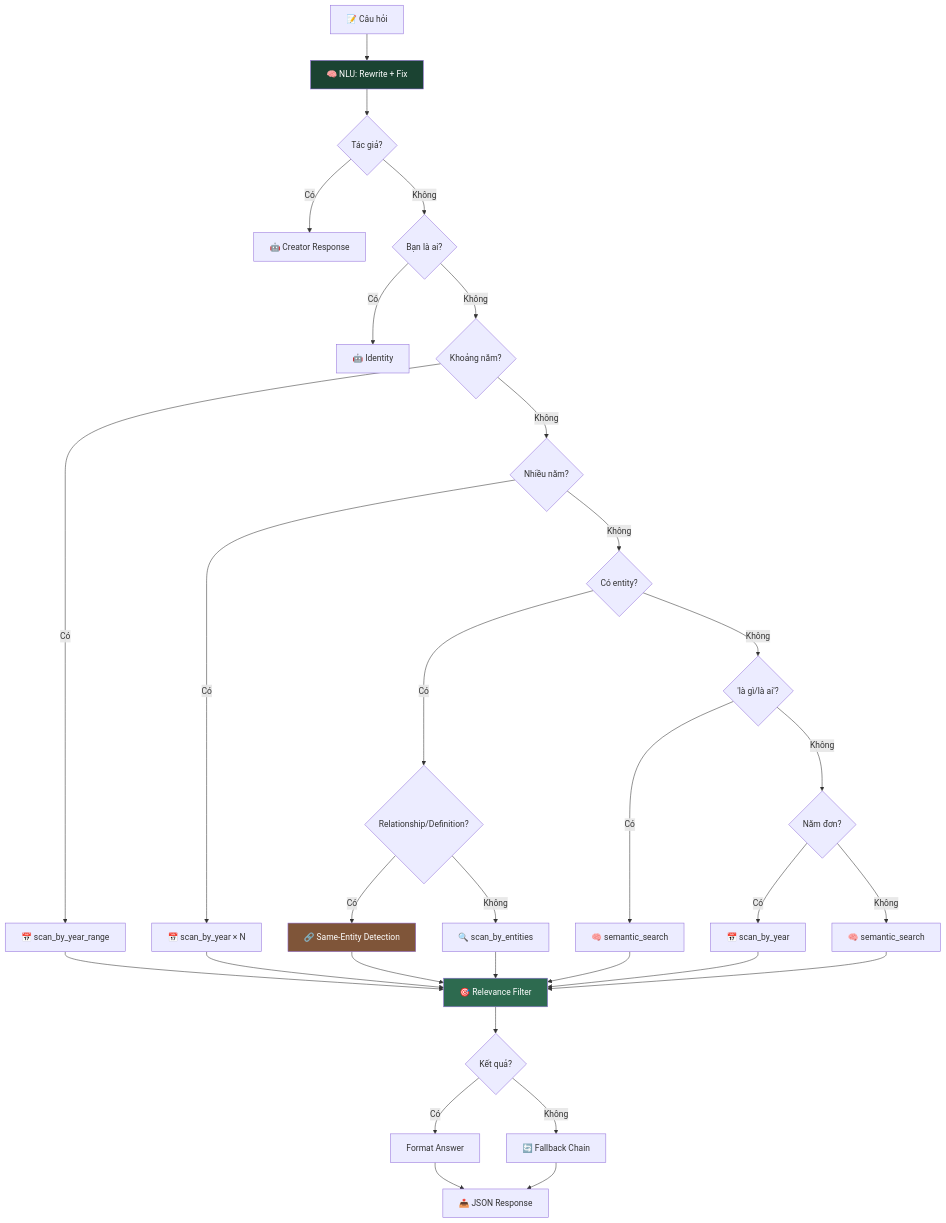
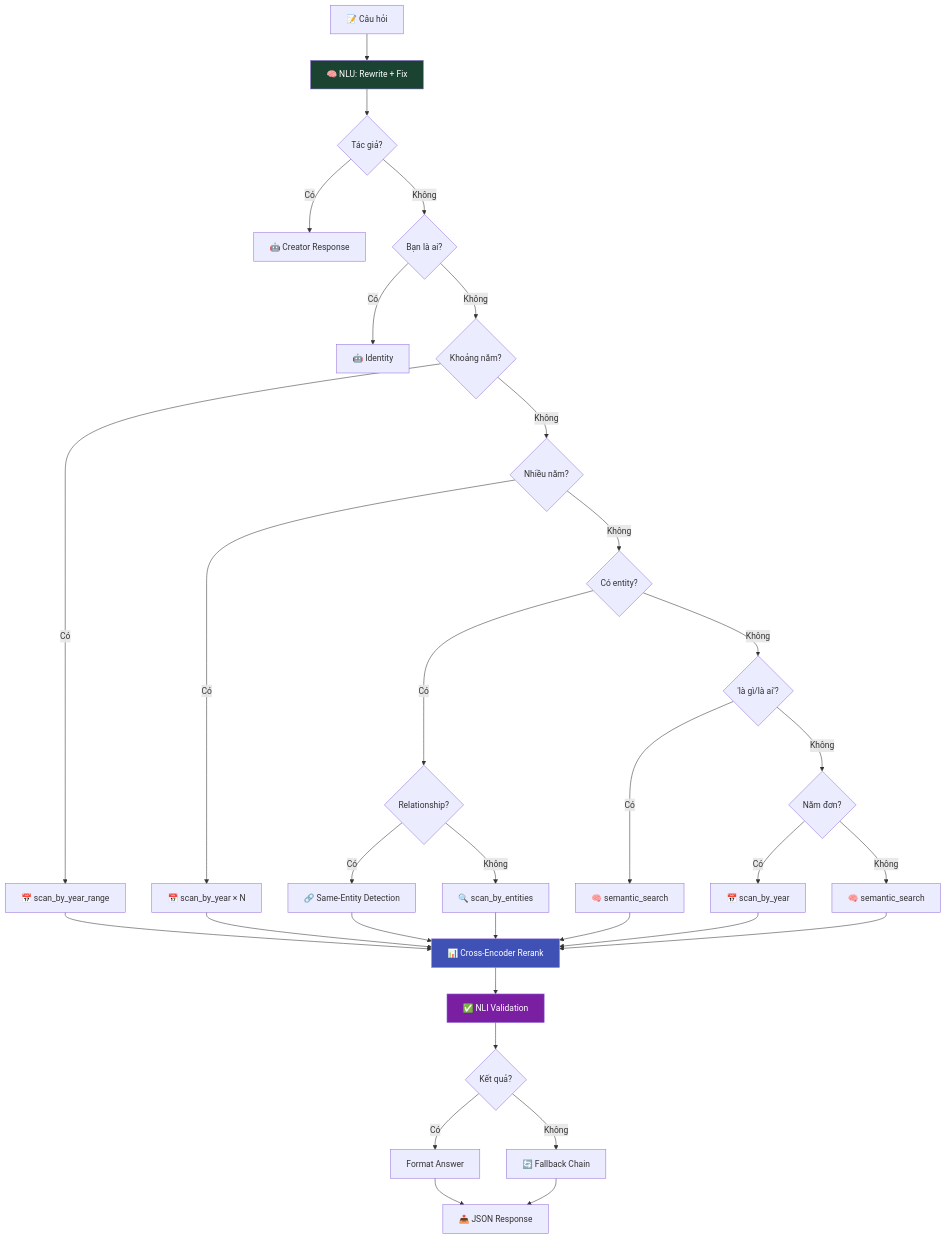
One commit to HistoryMindAI/vietnam_history_dataset changed the third of 3 diagrams in README.md. Above: the diagram before and after it, drawn with Mermaid. The commit also changed other lines of this file, not shown here.

````diff
--- a/README.md
+++ b/README.md
@@ -114,32 +150,33 @@
 ```mermaid
 flowchart TD
     INPUT["📝 Câu hỏi"] --> NLU["🧠 NLU: Rewrite + Fix"]
     NLU --> CREATOR{"Tác giả?"}
     CREATOR -- Có --> CR["🤖 Creator Response"]
     CREATOR -- Không --> IDENTITY{"Bạn là ai?"}
     IDENTITY -- Có --> ID["🤖 Identity"]
     IDENTITY -- Không --> YEAR_RANGE{"Khoảng năm?"}
     YEAR_RANGE -- Có --> YR["📅 scan_by_year_range"]
     YEAR_RANGE -- Không --> MULTI_YEAR{"Nhiều năm?"}
     MULTI_YEAR -- Có --> MY["📅 scan_by_year × N"]
     MULTI_YEAR -- Không --> ENTITY{"Có entity?"}
-    ENTITY -- Có --> SAME_CHECK{"Relationship/Definition?"}
+    ENTITY -- Có --> SAME_CHECK{"Relationship?"}
     SAME_CHECK -- Có --> SAME["🔗 Same-Entity Detection"]
     SAME_CHECK -- Không --> ME["🔍 scan_by_entities"]
     ENTITY -- Không --> DEF{"'là gì/là ai'?"}
     DEF -- Có --> SEM1["🧠 semantic_search"]
     DEF -- Không --> SINGLE{"Năm đơn?"}
     SINGLE -- Có --> SY["📅 scan_by_year"]
     SINGLE -- Không --> SEM2["🧠 semantic_search"]
 
-    SAME & ME & YR & MY & SEM1 & SY & SEM2 --> FILTER["🎯 Relevance Filter"]
-    FILTER --> RESULT{"Kết quả?"}
+    SAME & ME & YR & MY & SEM1 & SY & SEM2 --> RERANK["📊 Cross-Encoder Rerank"]
+    RERANK --> NLICHECK["✅ NLI Validation"]
+    NLICHECK --> RESULT{"Kết quả?"}
     RESULT -- Có --> FORMAT["Format Answer"]
     RESULT -- Không --> FALLBACK["🔄 Fallback Chain"]
     FORMAT --> OUTPUT["📤 JSON Response"]
     FALLBACK --> OUTPUT
 
     style NLU fill:#1b4332,color:#fff
-    style SAME fill:#7f5539,color:#fff
-    style FILTER fill:#2d6a4f,color:#fff
+    style RERANK fill:#3F51B5,color:#fff
+    style NLICHECK fill:#7B1FA2,color:#fff
 ```
````
